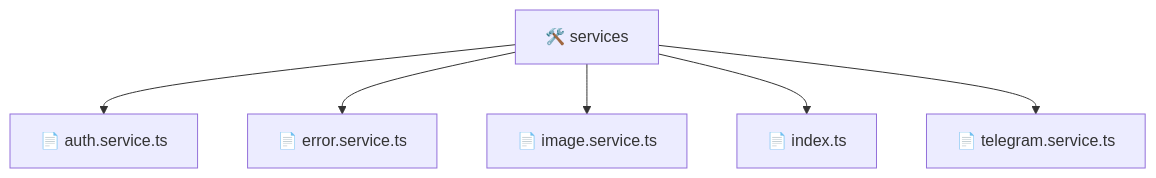
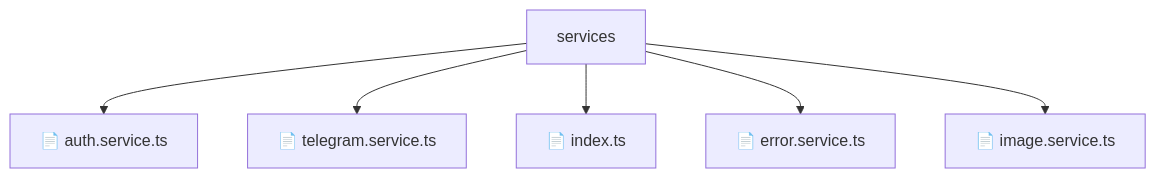
One commit to beginwebdev2002/fullstack-mavluda changed the diagram in frontend/src/shared/services/README.md. Above: the diagram before and after it, drawn with Mermaid. The commit also changed other lines of this file and 155 other files, not shown here.

````diff
--- a/frontend/src/shared/services/README.md
+++ b/frontend/src/shared/services/README.md
@@ -10,9 +14,9 @@
 ```mermaid
 graph TD
-  Root["🛠️ services"]
-  Root --> authservicets["📄 auth.service.ts"]
-  Root --> errorservicets["📄 error.service.ts"]
-  Root --> imageservicets["📄 image.service.ts"]
-  Root --> indexts["📄 index.ts"]
-  Root --> telegramservicets["📄 telegram.service.ts"]
+    Root[services]
+    Root --> F0[📄 auth.service.ts]
+    Root --> F1[📄 telegram.service.ts]
+    Root --> F2[📄 index.ts]
+    Root --> F3[📄 error.service.ts]
+    Root --> F4[📄 image.service.ts]
 ```
````
